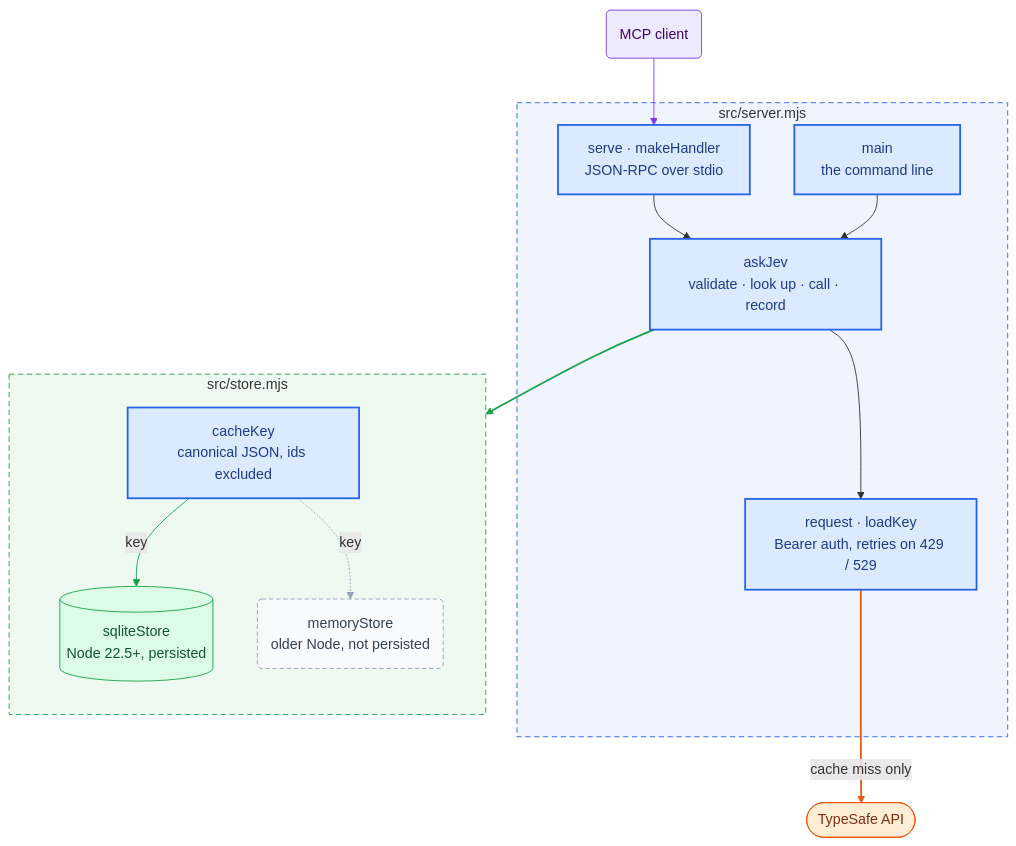
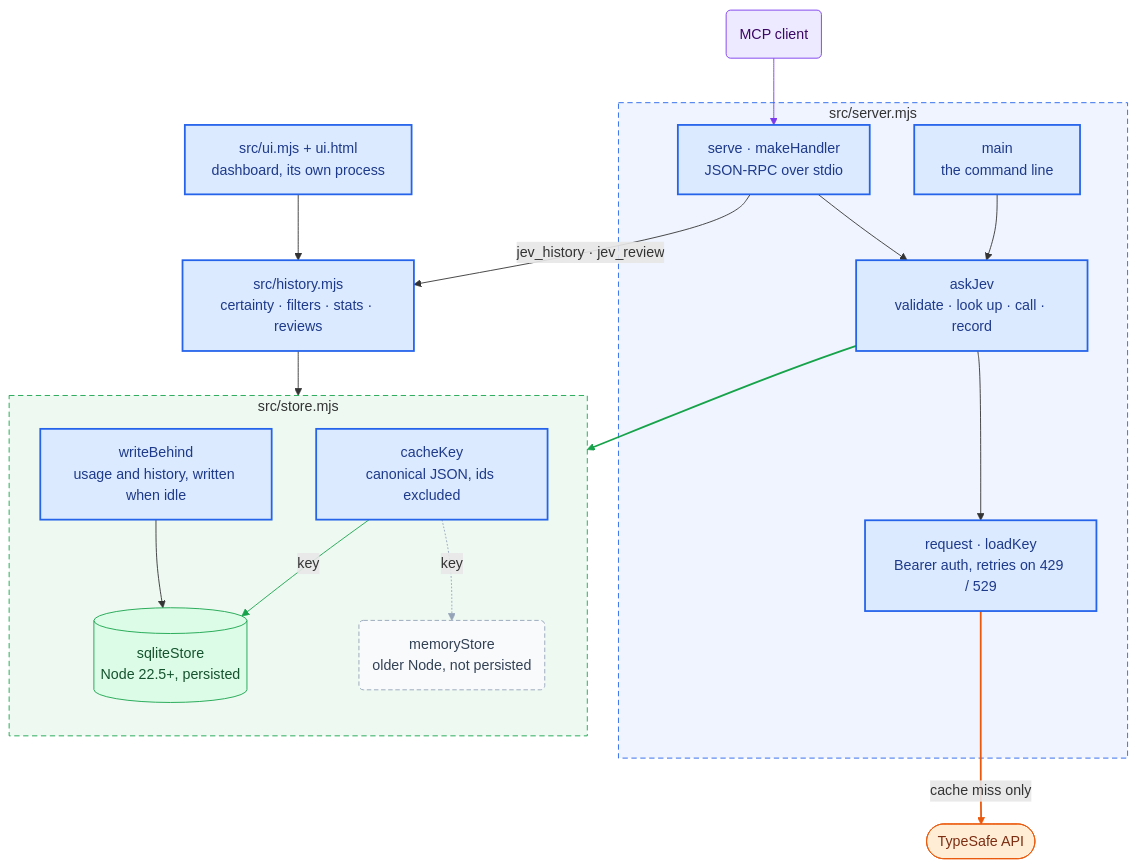
Before and after one commit to lhviet/jev-bridge: the first of 4 diagrams in docs/architecture.md, drawn with Mermaid. The commit also changed other lines of this file and 12 other files, not shown here.

First line of the commit message:
[backend] Add reviewable call history and dashboard

````diff
--- a/docs/architecture.md
+++ b/docs/architecture.md
@@ -22,44 +23,51 @@
 ```mermaid
 flowchart TB
   CLIENT("MCP client")
   subgraph SERVER["src/server.mjs"]
     RPC["serve · makeHandler<br/>JSON-RPC over stdio"]
     CLI["main<br/>the command line"]
     ASK["askJev<br/>validate · look up · call · record"]
     NET["request · loadKey<br/>Bearer auth, retries on 429 / 529"]
   end
   subgraph STORE["src/store.mjs"]
     direction TB
     FP["cacheKey<br/>canonical JSON, ids excluded"]
+    WB["writeBehind<br/>usage and history, written when idle"]
     SQL[("sqliteStore<br/>Node 22.5+, persisted")]
     MEM("memoryStore<br/>older Node, not persisted")
   end
+  HIST["src/history.mjs<br/>certainty · filters · stats · reviews"]
+  UI["src/ui.mjs + ui.html<br/>dashboard, its own process"]
   API(["TypeSafe API"])
 
   CLIENT --> RPC
   RPC --> ASK
   CLI --> ASK
   ASK --> NET
   ASK --> STORE
   NET -- "cache miss only" --> API
   FP -- "key" --> SQL
   FP -. "key" .-> MEM
+  WB --> SQL
+  RPC -- "jev_history · jev_review" --> HIST
+  UI --> HIST
+  HIST --> STORE
 
   classDef client fill:#ede9fe,stroke:#7c3aed,color:#3b0764
   classDef bridge fill:#dbeafe,stroke:#2563eb,color:#1e3a8a,stroke-width:2px
   classDef store fill:#dcfce7,stroke:#16a34a,color:#14532d
   classDef ephemeral fill:#f8fafc,stroke:#94a3b8,color:#334155,stroke-dasharray:5 3
   classDef external fill:#ffedd5,stroke:#ea580c,color:#7c2d12
   class CLIENT client
-  class RPC,CLI,ASK,NET,FP bridge
+  class RPC,CLI,ASK,NET,FP,WB,HIST,UI bridge
   class SQL store
   class MEM ephemeral
   class API external
   style SERVER fill:#2563eb12,stroke:#2563eb,stroke-dasharray:6 4
   style STORE fill:#16a34a12,stroke:#16a34a,stroke-dasharray:6 4
   linkStyle 0 stroke:#7c3aed
   linkStyle 4 stroke:#16a34a,stroke-width:2px
   linkStyle 5 stroke:#ea580c,stroke-width:2px
   linkStyle 6 stroke:#16a34a
   linkStyle 7 stroke:#94a3b8
 ```
````
